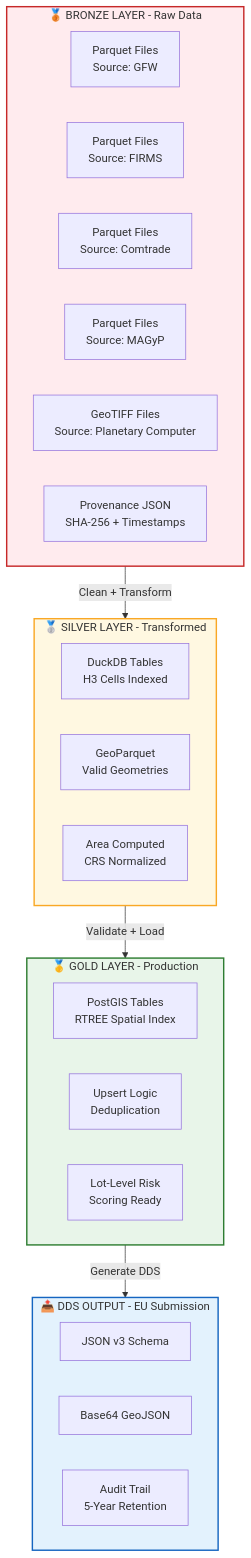
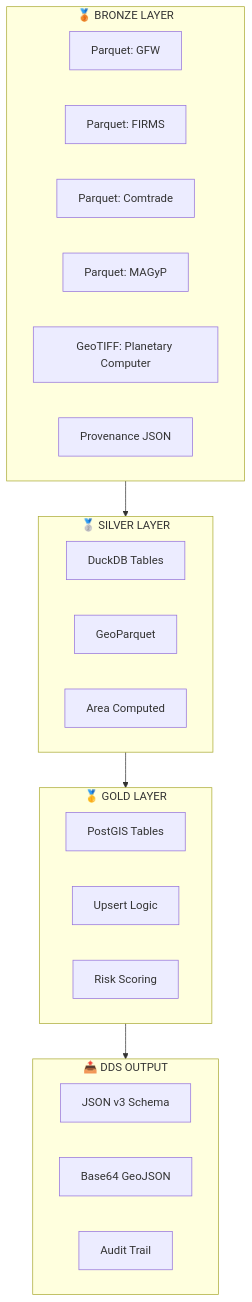
Before and after one commit to N2026-2025/eudr-deforestation-radar: the third of 3 diagrams in README.md, drawn with Mermaid. The commit also changed other lines of this file, not shown here.

Commit message:
Fix Mermaid diagram syntax - use simple valid syntax for all diagrams

````diff
--- a/README.md
+++ b/README.md
@@ -115,33 +129,30 @@
 ```mermaid
 graph TD
-    subgraph Bronze["🥉 BRONZE LAYER - Raw Data"]
-        B1[Parquet Files<br/>Source: GFW]
-        B2[Parquet Files<br/>Source: FIRMS]
-        B3[Parquet Files<br/>Source: Comtrade]
-        B4[Parquet Files<br/>Source: MAGyP]
-        B5[GeoTIFF Files<br/>Source: Planetary Computer]
-        BP[Provenance JSON<br/>SHA-256 + Timestamps]
+    subgraph Bronze["🥉 BRONZE LAYER"]
+        B1["Parquet: GFW"]
+        B2["Parquet: FIRMS"]
+        B3["Parquet: Comtrade"]
+        B4["Parquet: MAGyP"]
+        B5["GeoTIFF: Planetary Computer"]
+        BP["Provenance JSON"]
     end
-    subgraph Silver["🥈 SILVER LAYER - Transformed"]
-        S1[DuckDB Tables<br/>H3 Cells Indexed]
-        S2[GeoParquet<br/>Valid Geometries]
-        S3[Area Computed<br/>CRS Normalized]
+    subgraph Silver["🥈 SILVER LAYER"]
+        S1["DuckDB Tables"]
+        S2["GeoParquet"]
+        S3["Area Computed"]
     end
-    subgraph Gold["🥇 GOLD LAYER - Production"]
-        G1[PostGIS Tables<br/>RTREE Spatial Index]
-        G2[Upsert Logic<br/>Deduplication]
-        G3[Lot-Level Risk<br/>Scoring Ready]
+    subgraph Gold["🥇 GOLD LAYER"]
+        G1["PostGIS Tables"]
+        G2["Upsert Logic"]
+        G3["Risk Scoring"]
     end
-    subgraph DDS["📤 DDS OUTPUT - EU Submission"]
-        D1[JSON v3 Schema]
-        D2[Base64 GeoJSON]
-        D3[Audit Trail<br/>5-Year Retention]
+    subgraph DDS["📤 DDS OUTPUT"]
+        D1["JSON v3 Schema"]
+        D2["Base64 GeoJSON"]
+        D3["Audit Trail"]
     end
-    Bronze -->|Clean + Transform| Silver
-    Silver -->|Validate + Load| Gold
-    Gold -->|Generate DDS| DDS
-    style Bronze fill:#ffebee,stroke:#c62828,stroke-width:2px
-    style Silver fill:#fff8e1,stroke:#f9a825,stroke-width:2px
-    style Gold fill:#e8f5e9,stroke:#2e7d32,stroke-width:2px
-    style DDS fill:#e3f2fd,stroke:#1565c0,stroke-width:2px
+
+    Bronze --> Silver
+    Silver --> Gold
+    Gold --> DDS
 ```
````
